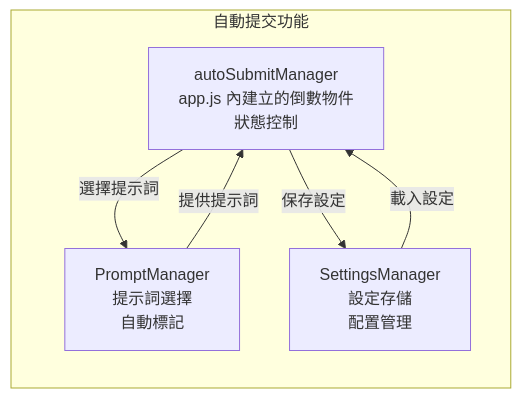
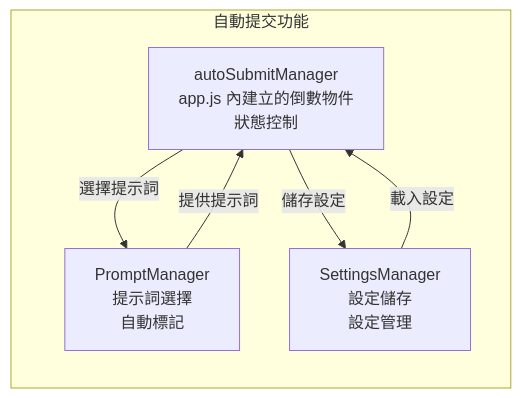
The tenth of 12 diagrams in docs/architecture/component-details.md (CloudEngineHub/mcp-feedback-enhanced), drawn with Mermaid before and after one commit. The commit also changed other lines of this file, not shown here.

````diff
--- a/docs/architecture/component-details.md
+++ b/docs/architecture/component-details.md
@@ -670,13 +670,13 @@
 ```mermaid
 graph LR
     subgraph "自動提交功能"
         ASM[autoSubmitManager<br/>app.js 內建立的倒數物件<br/>狀態控制]
         PM[PromptManager<br/>提示詞選擇<br/>自動標記]
-        SM[SettingsManager<br/>設定存儲<br/>配置管理]
+        SM[SettingsManager<br/>設定儲存<br/>設定管理]
     end
 
     ASM -->|選擇提示詞| PM
-    ASM -->|保存設定| SM
+    ASM -->|儲存設定| SM
     PM -->|提供提示詞| ASM
     SM -->|載入設定| ASM
 ```
````
